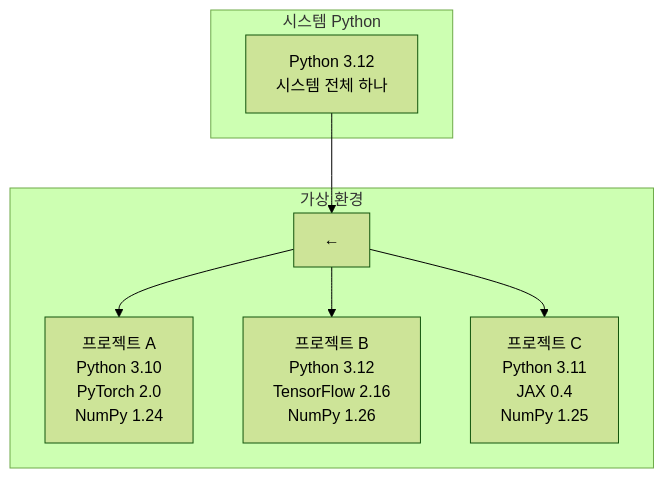
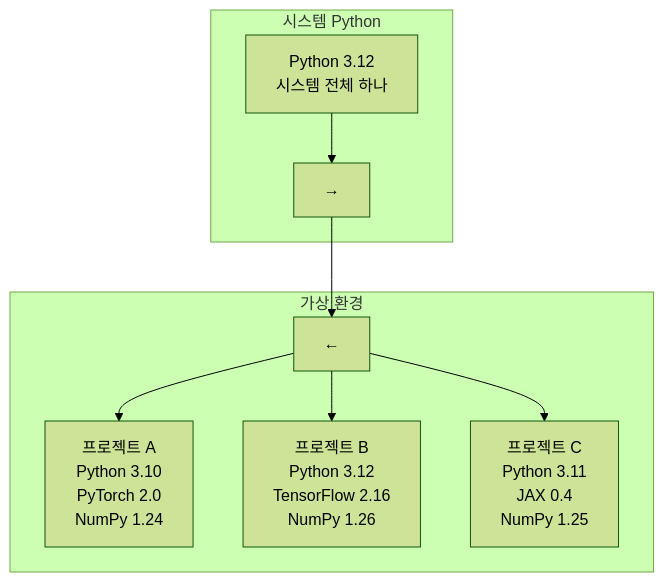
Before and after one commit to jingu279/Document: the third of 7 diagrams in ai-programming/01_서론/02_개발_환경.md, drawn with Mermaid (forest theme). The commit also changed other lines of this file and 5 other files, not shown here.

First line of the commit message:
Fix all cross-subgraph Mermaid connections + reserved keywords

````diff
--- a/ai-programming/01_서론/02_개발_환경.md
+++ b/ai-programming/01_서론/02_개발_환경.md
@@ -270,17 +270,18 @@
 ```mermaid
 flowchart TB
   subgraph System[시스템 Python]
-    SYS["Python 3.12<br/>시스템 전체 하나"]
+    SYS["Python 3.12<br/>시스템 전체 하나"] --> SysExit
   end
+  SysExit["→"]
 
   subgraph Env[가상 환경]
     ProjA["프로젝트 A<br/>Python 3.10<br/>PyTorch 2.0<br/>NumPy 1.24"]
     ProjB["프로젝트 B<br/>Python 3.12<br/>TensorFlow 2.16<br/>NumPy 1.26"]
     ProjC["프로젝트 C<br/>Python 3.11<br/>JAX 0.4<br/>NumPy 1.25"]
     EnvFrom["←"] --> ProjA
     EnvFrom --> ProjB
     EnvFrom --> ProjC
   end
 
-  SYS --> EnvFrom
+  SysExit --> EnvFrom
 ```
````
